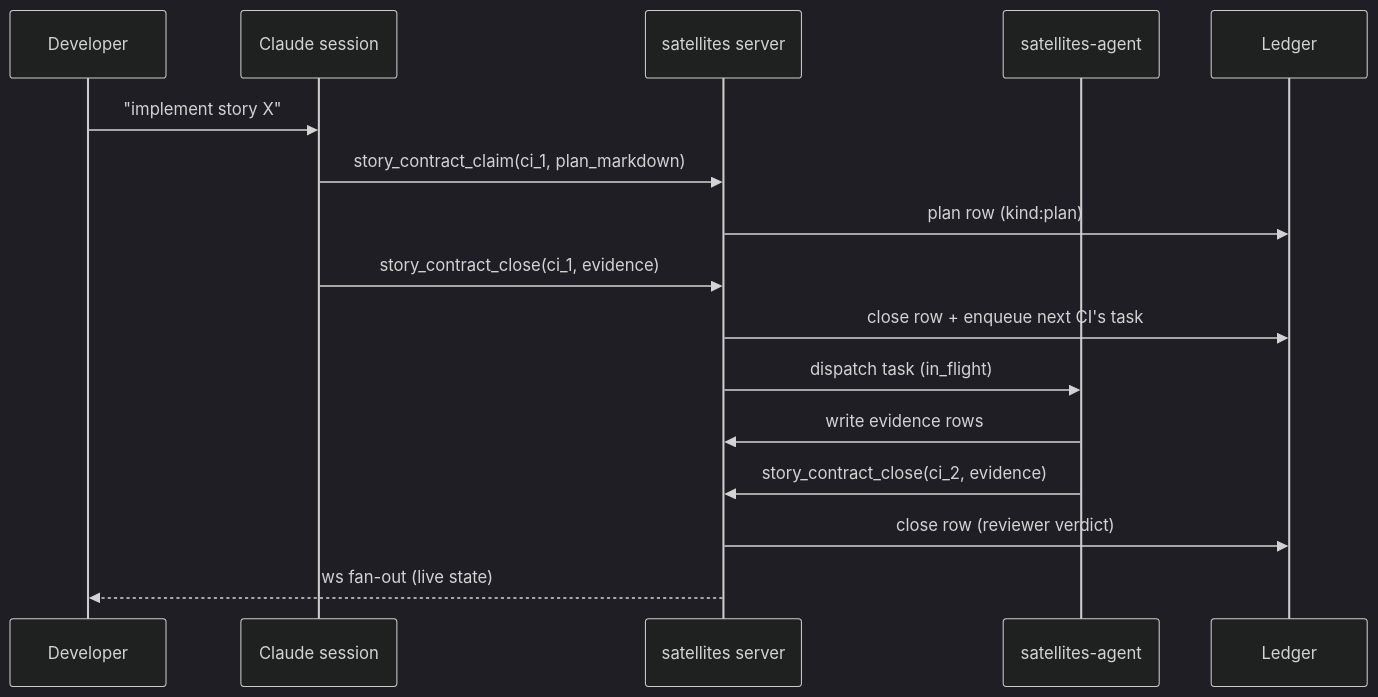
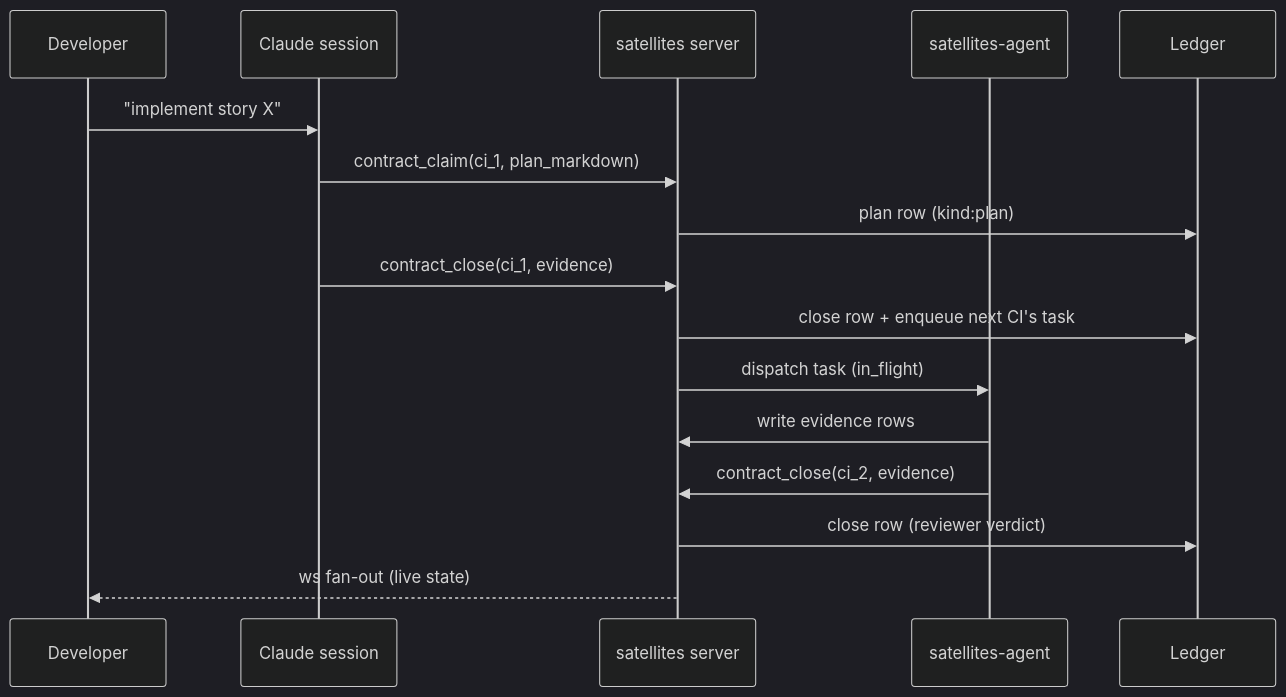
One commit to bobmcallan/satellites changed the fourth of 5 diagrams in docs/architecture.md. Above: the diagram before and after it, drawn with Mermaid (dark theme). The commit also changed other lines of this file and 20 other files, not shown here.

First line of the commit message:
refactor(mcp): drop story_/internal_ prefixes from contract verbs (story_775a7b49)

````diff
--- a/docs/architecture.md
+++ b/docs/architecture.md
@@ -285,19 +285,19 @@
 ```mermaid
 sequenceDiagram
     participant U as Developer
     participant C as Claude session
     participant S as satellites server
     participant A as satellites-agent
     participant L as Ledger
 
     U->>C: "implement story X"
-    C->>S: story_contract_claim(ci_1, plan_markdown)
+    C->>S: contract_claim(ci_1, plan_markdown)
     S->>L: plan row (kind:plan)
-    C->>S: story_contract_close(ci_1, evidence)
+    C->>S: contract_close(ci_1, evidence)
     S->>L: close row + enqueue next CI's task
     S->>A: dispatch task (in_flight)
     A->>S: write evidence rows
-    A->>S: story_contract_close(ci_2, evidence)
+    A->>S: contract_close(ci_2, evidence)
     S->>L: close row (reviewer verdict)
     S-->>U: ws fan-out (live state)
 ```
````
